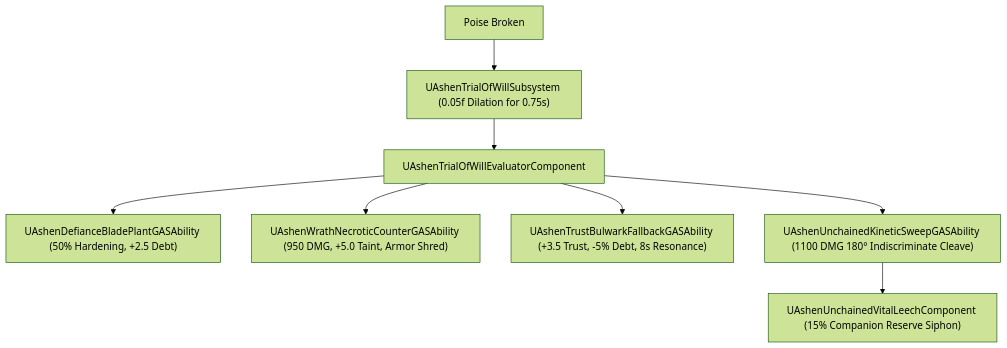
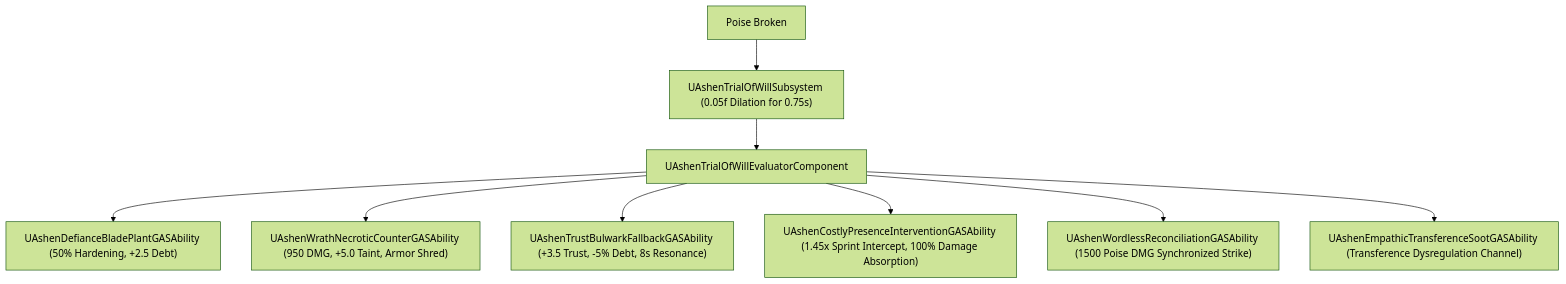
The third of 6 diagrams in Docs/MASTER_ARCHITECTURE_ATLAS.md (Icebane84/Ashen-Oath), drawn with Mermaid (forest theme) before and after one commit. The commit also changed other lines of this file, not shown here.

Commit message:
docs(atlas): Update Master Architecture Atlas diagrams to Milestone 2,295 (Master Batches #111-#114)

````diff
--- a/Docs/MASTER_ARCHITECTURE_ATLAS.md
+++ b/Docs/MASTER_ARCHITECTURE_ATLAS.md
@@ -150,12 +161,13 @@
 ```mermaid
 graph TD
     POISE_CRACK["Poise Broken"] --> TOW_SUB["UAshenTrialOfWillSubsystem (0.05f Dilation for 0.75s)"]
     TOW_SUB --> TOW_EVAL["UAshenTrialOfWillEvaluatorComponent"]
     
     TOW_EVAL --> GA_DEF["UAshenDefianceBladePlantGASAbility (50% Hardening, +2.5 Debt)"]
     TOW_EVAL --> GA_WRA["UAshenWrathNecroticCounterGASAbility (950 DMG, +5.0 Taint, Armor Shred)"]
     TOW_EVAL --> GA_TRU["UAshenTrustBulwarkFallbackGASAbility (+3.5 Trust, -5% Debt, 8s Resonance)"]
     
-    TOW_EVAL --> GA_SWEEP["UAshenUnchainedKineticSweepGASAbility (1100 DMG 180° Indiscriminate Cleave)"]
-    GA_SWEEP --> LEECH["UAshenUnchainedVitalLeechComponent (15% Companion Reserve Siphon)"]
+    TOW_EVAL --> GA_COST["UAshenCostlyPresenceInterventionGASAbility (1.45x Sprint Intercept, 100% Damage Absorption)"]
+    TOW_EVAL --> GA_RECON["UAshenWordlessReconciliationGASAbility (1500 Poise DMG Synchronized Strike)"]
+    TOW_EVAL --> GA_TRANS["UAshenEmpathicTransferenceSootGASAbility (Transference Dysregulation Channel)"]
 ```
````
